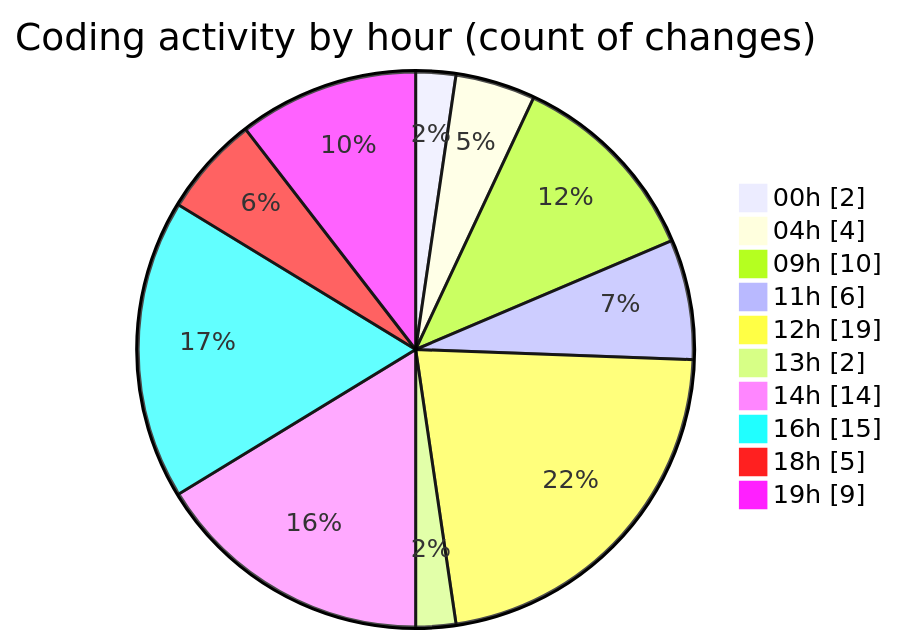
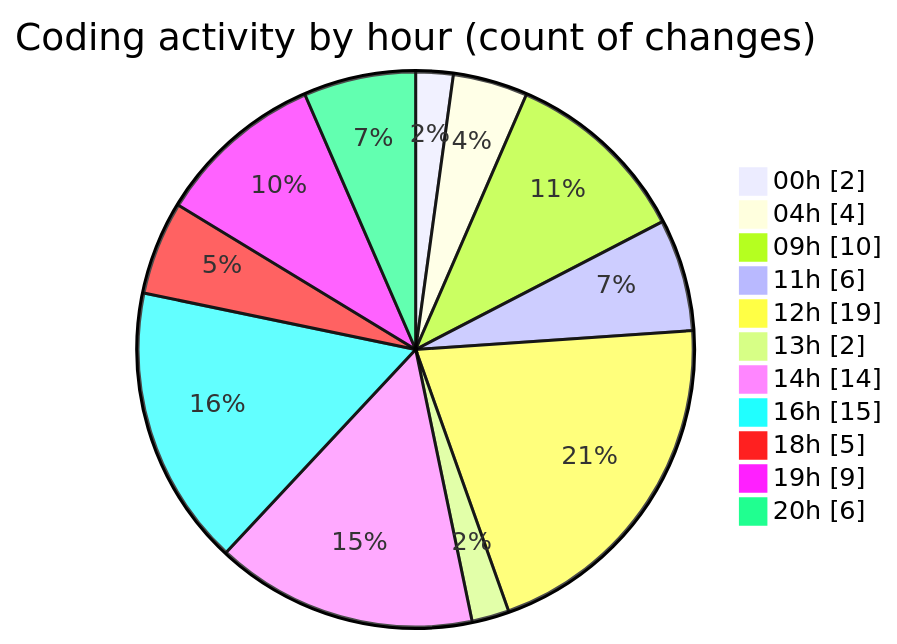
The second of 2 diagrams in 2025-10-28/eventscop-frontend-guide__workspace_/README.md (julien-gomy/code-tracking), drawn with Mermaid before and after one commit. The commit also changed other lines of this file and 1 other file, not shown here.

````diff
--- a/2025-10-28/eventscop-frontend-guide__workspace_/README.md
+++ b/2025-10-28/eventscop-frontend-guide__workspace_/README.md
@@ -57,14 +60,15 @@
 ```mermaid
 pie showData
 title Coding activity by hour (count of changes)
 "00h" : 2
 "04h" : 4
 "09h" : 10
 "11h" : 6
 "12h" : 19
 "13h" : 2
 "14h" : 14
 "16h" : 15
 "18h" : 5
 "19h" : 9
+"20h" : 6
 ```
````
